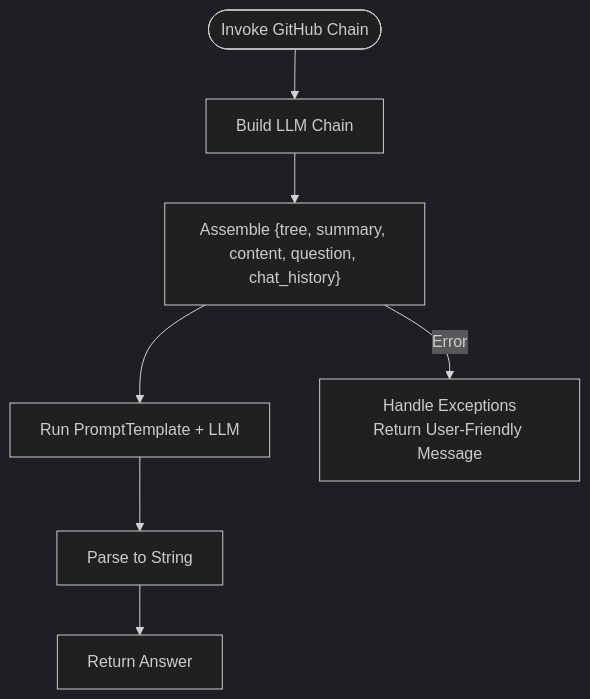
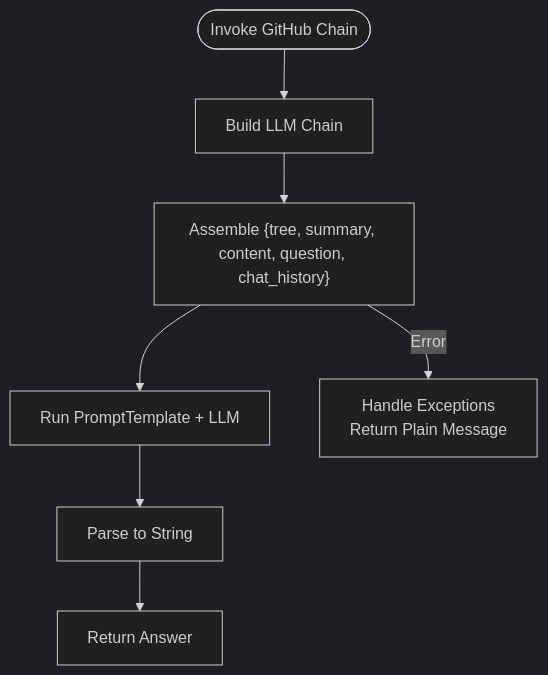
One commit to tashifkhan/tashif.codes changed the third of 7 diagrams in src/data/docs/agentic-browser/Prompts and Prompt Engineering/Service-Specific Prompts.md. Above: the diagram before and after it, drawn with Mermaid (dark theme). The commit also changed other lines of this file and 2128 other files, not shown here.

First line of the commit message:
docs: replace raster diagram images with native Mermaid across project guides

````diff
--- a/src/data/docs/agentic-browser/Prompts and Prompt Engineering/Service-Specific Prompts.md
+++ b/src/data/docs/agentic-browser/Prompts and Prompt Engineering/Service-Specific Prompts.md
@@ -82,9 +82,9 @@
 ```mermaid
 flowchart TD
 Start(["Invoke GitHub Chain"]) --> Build["Build LLM Chain"]
 Build --> Inputs["Assemble {tree, summary, content, question, chat_history}"]
 Inputs --> Run["Run PromptTemplate + LLM"]
 Run --> Parse["Parse to String"]
 Parse --> Return["Return Answer"]
-Inputs --> |Error| Handle["Handle Exceptions<br/>Return User-Friendly Message"]
+Inputs --> |Error| Handle["Handle Exceptions<br/>Return Plain Message"]
 ```
````
